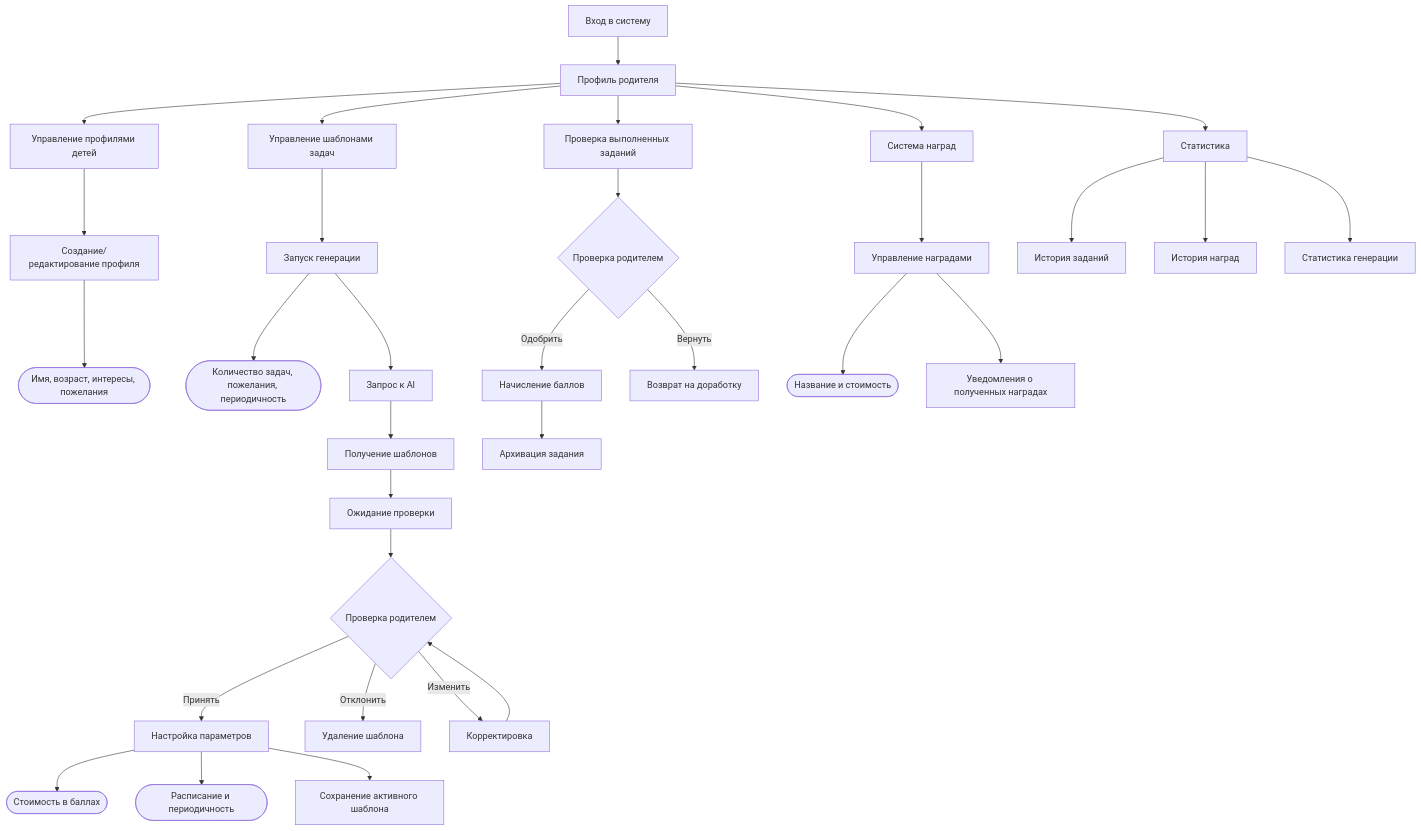
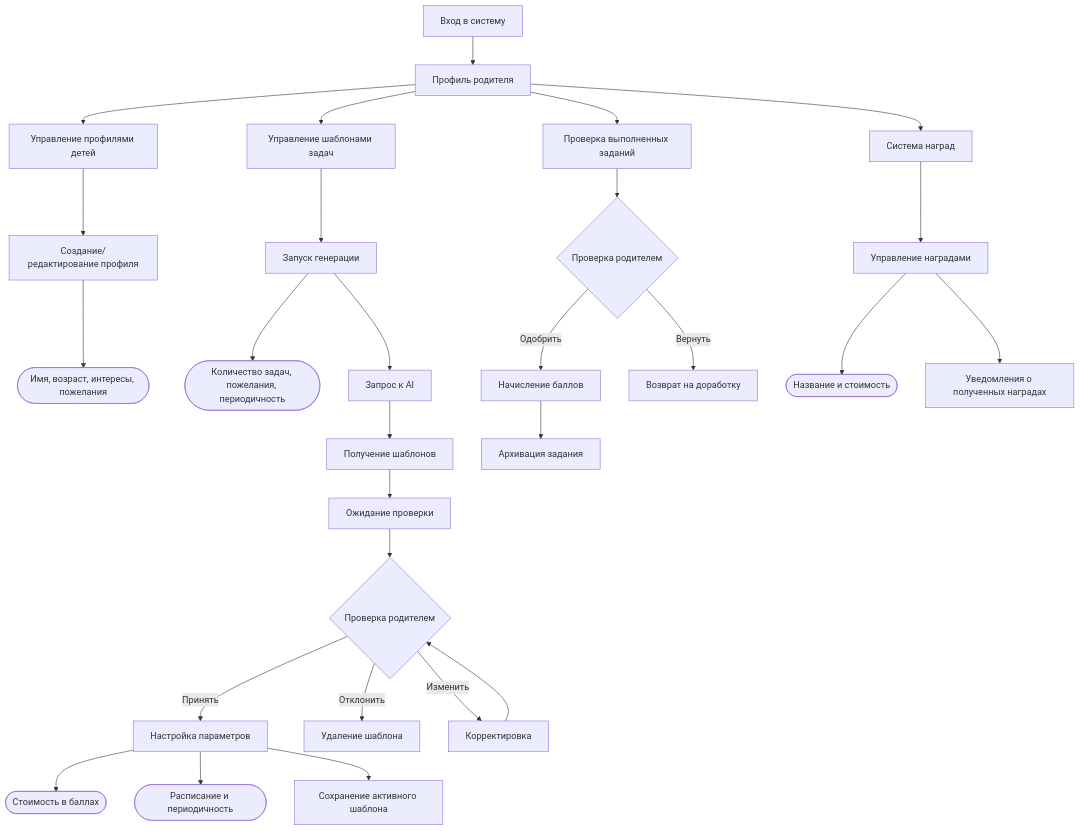
One commit to kid-tasks-ai/kid-tasks-ai changed the diagram in docs/diagrams/parent.mermaid. Above: the diagram before and after it, drawn with Mermaid.

Commit message:
Edit diagrams (#9)
* update diagrams

```diff
--- a/docs/diagrams/parent.mermaid
+++ b/docs/diagrams/parent.mermaid
@@ -1,44 +1,38 @@
 flowchart TD
     A1[Вход в систему] --> A2[Профиль родителя]
 
     %% Управление профилями детей
     A2 --> B1[Управление профилями детей]
     B1 --> B2[Создание/редактирование профиля]
     B2 --> B3([Имя, возраст, интересы, пожелания])
 
     %% Процесс генерации и модерации шаблонов
     A2 --> C1[Управление шаблонами задач]
     C1 --> C2[Запуск генерации]
     C2 --> C3([Количество задач, пожелания, периодичность])
     C2 --> C4[Запрос к AI]
     C4 --> C5[Получение шаблонов]
     C5 --> C6[Ожидание проверки]
 
     C6 --> C7{Проверка родителем}
     C7 -->|Принять| C8[Настройка параметров]
     C7 -->|Отклонить| C9[Удаление шаблона]
     C7 -->|Изменить| C10[Корректировка]
     C10 --> C7
 
     C8 --> C11([Стоимость в баллах])
     C8 --> C12([Расписание и периодичность])
     C8 --> C13[Сохранение активного шаблона]
 
     %% Проверка выполненных
     A2 --> D1[Проверка выполненных заданий]
     D1 --> D2{Проверка родителем}
     D2 -->|Одобрить| D3[Начисление баллов]
     D2 -->|Вернуть| D4[Возврат на доработку]
     D3 --> D5[Архивация задания]
 
     %% Система наград
     A2 --> E1[Система наград]
     E1 --> E2[Управление наградами]
     E2 --> E3([Название и стоимость])
     E2 --> E4[Уведомления о полученных наградах]
-
-    %% Статистика
-    A2 --> F1[Статистика]
-    F1 --> F2[История заданий]
-    F1 --> F3[История наград]
-    F1 --> F4[Статистика генерации]
```
